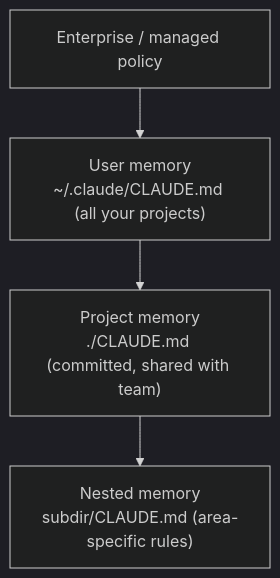
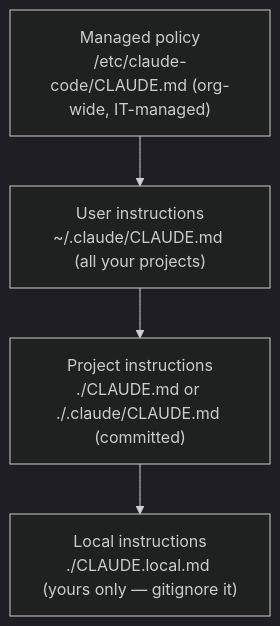
One commit to derob98/ailmanac changed the diagram in docs/claude-code/claude-md.mdx. Above: the diagram before and after it, drawn with Mermaid (dark theme). The commit also changed other lines of this file and 13 other files, not shown here.

````diff
--- a/docs/claude-code/claude-md.mdx
+++ b/docs/claude-code/claude-md.mdx
@@ -25,6 +25,6 @@
 ```mermaid
 flowchart TD
-  A["Enterprise / managed policy"] --> B["User memory<br/>~/.claude/CLAUDE.md (all your projects)"]
-  B --> C["Project memory<br/>./CLAUDE.md (committed, shared with team)"]
-  C --> D["Nested memory<br/>subdir/CLAUDE.md (area-specific rules)"]
+  A["Managed policy<br/>/etc/claude-code/CLAUDE.md (org-wide, IT-managed)"] --> B["User instructions<br/>~/.claude/CLAUDE.md (all your projects)"]
+  B --> C["Project instructions<br/>./CLAUDE.md or ./.claude/CLAUDE.md (committed)"]
+  C --> D["Local instructions<br/>./CLAUDE.local.md (yours only — gitignore it)"]
 ```
````
